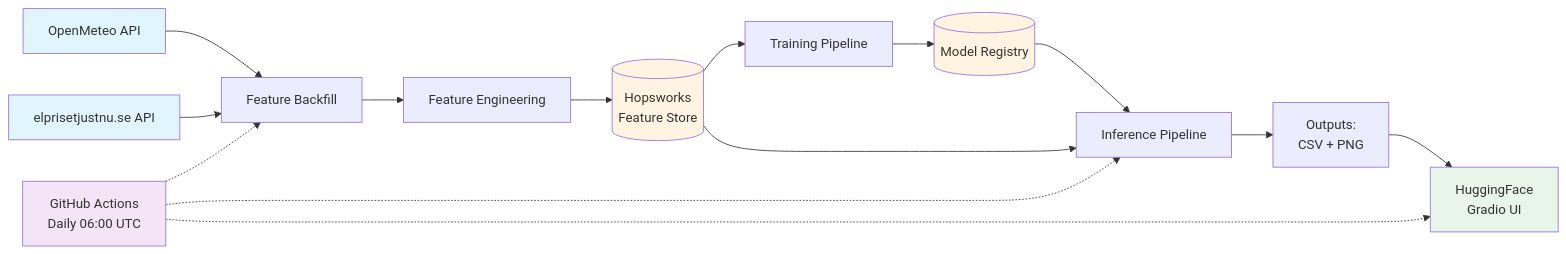
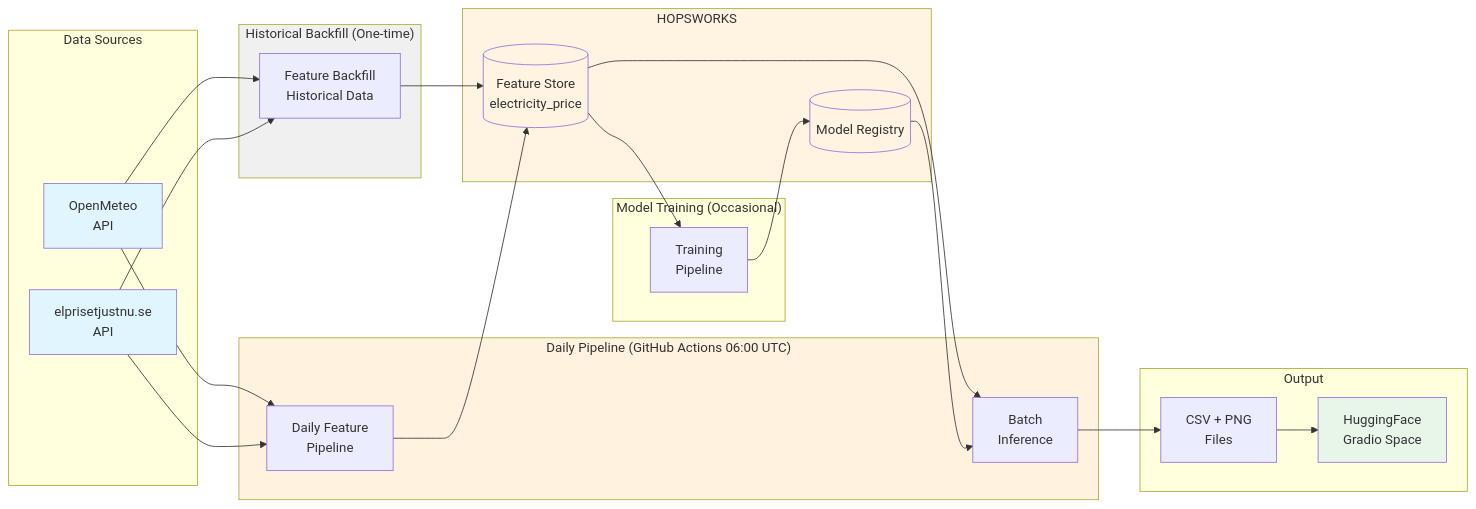
The diagram in README.md (E4Sell/sml_project), drawn with Mermaid before and after one commit.

Commit message:
Update architecture diagram: Separate historical and daily pipelines
- Distinguish historical backfill (one-time) from daily pipeline
- Show GitHub Actions triggers daily feature collection + inference
- Group Hopsworks Feature Store and Model Registry together
- Clarify that training uses Hopsworks Feature Store
- Show batch inference uses both Feature Store and Model Registry
- Add visual grouping with subgraphs for better clarity

````diff
--- a/README.md
+++ b/README.md
@@ -15,23 +15,52 @@
 ```mermaid
 graph LR
-    A1[OpenMeteo API] --> B1[Feature Backfill]
-    A2[elprisetjustnu.se API] --> B1
-    B1 --> B2[Feature Engineering]
-    B2 --> C1[(Hopsworks<br/>Feature Store)]
-    C1 --> D1[Training Pipeline]
-    D1 --> E1[(Model Registry)]
-    E1 --> F1[Inference Pipeline]
+    subgraph APIs["Data Sources"]
+        A1[OpenMeteo<br/>API]
+        A2[elprisetjustnu.se<br/>API]
+    end
+
+    subgraph Historical["Historical Backfill (One-time)"]
+        B1[Feature Backfill<br/>Historical Data]
+    end
+
+    subgraph Daily["Daily Pipeline (GitHub Actions 06:00 UTC)"]
+        B2[Daily Feature<br/>Pipeline]
+        F1[Batch<br/>Inference]
+    end
+
+    subgraph Hopsworks["HOPSWORKS"]
+        C1[(Feature Store<br/>electricity_price)]
+        E1[(Model Registry)]
+    end
+
+    subgraph Training["Model Training (Occasional)"]
+        D1[Training<br/>Pipeline]
+    end
+
+    subgraph Output["Output"]
+        G1[CSV + PNG<br/>Files]
+        I1[HuggingFace<br/>Gradio Space]
+    end
+
+    A1 --> B1
+    A2 --> B1
+    A1 --> B2
+    A2 --> B2
+    B1 --> C1
+    B2 --> C1
+    C1 --> D1
+    D1 --> E1
     C1 --> F1
-    F1 --> G1[Outputs:<br/>CSV + PNG]
-    G1 --> I1[HuggingFace<br/>Gradio UI]
-    H1[GitHub Actions<br/>Daily 06:00 UTC] -.-> B1
-    H1 -.-> F1
-    H1 -.-> I1
+    E1 --> F1
+    F1 --> G1
+    G1 --> I1
 
     style A1 fill:#e1f5ff
     style A2 fill:#e1f5ff
     style C1 fill:#fff4e1
     style E1 fill:#fff4e1
     style I1 fill:#e8f5e9
-    style H1 fill:#f3e5f5
+    style Historical fill:#f0f0f0
+    style Daily fill:#fff3e0
+    style Hopsworks fill:#fff4e1
 ```
````
